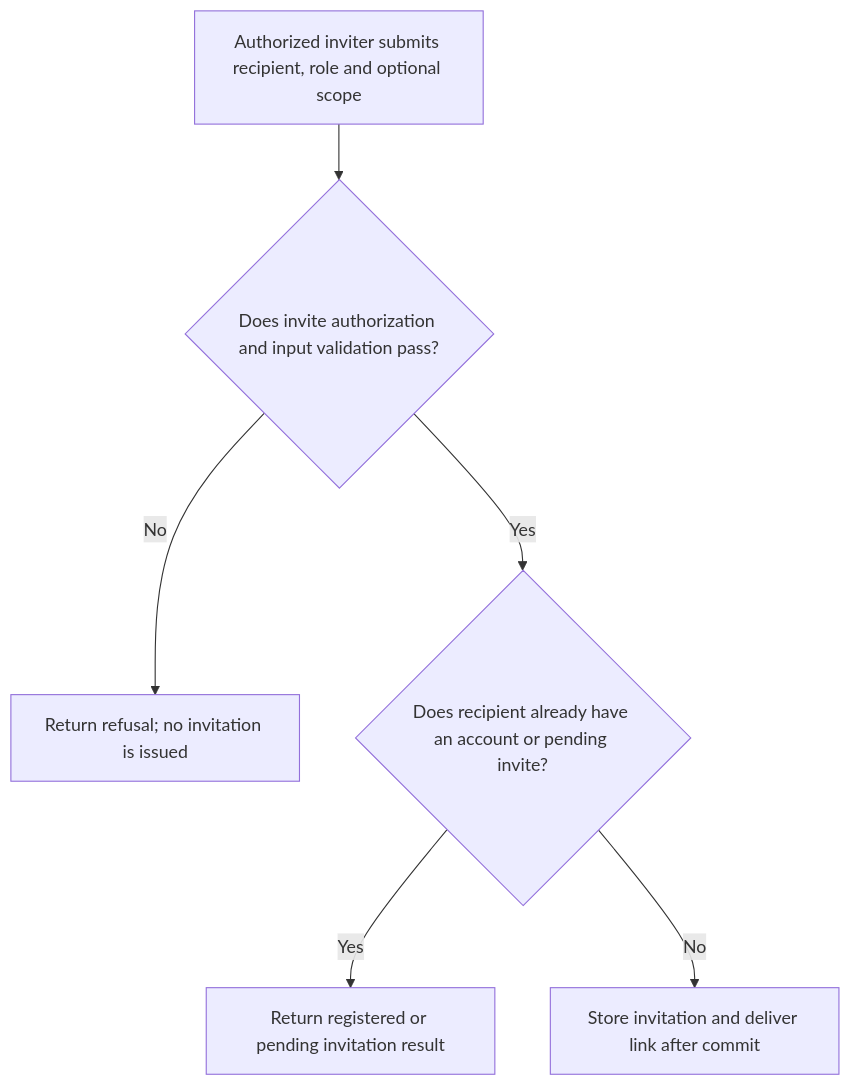
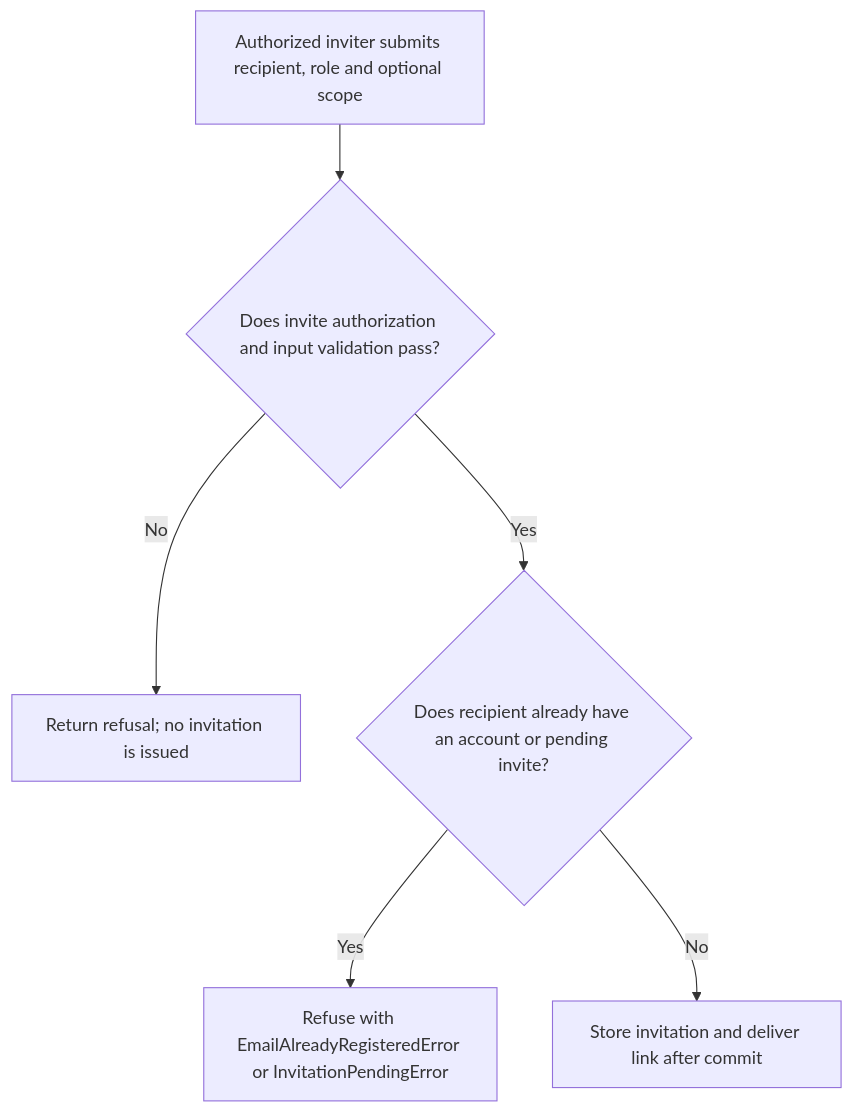
The first of 2 diagrams in user-stories/US-ACCOUNT-08-send-invitation.md (Kevinjohn/oss-adonisjs-account-kit), drawn with Mermaid before and after one commit. The commit also changed other lines of this file and 5 other files, not shown here.

````diff
--- a/user-stories/US-ACCOUNT-08-send-invitation.md
+++ b/user-stories/US-ACCOUNT-08-send-invitation.md
@@ -18,8 +20,8 @@
 ```mermaid
 flowchart TD
  A["Authorized inviter submits recipient, role and optional scope"] --> B{"Does invite authorization and input validation pass?"}
  B -->|No| C["Return refusal; no invitation is issued"]
  B -->|Yes| D{"Does recipient already have an account or pending invite?"}
- D -->|Yes| E["Return registered or pending invitation result"]
+ D -->|Yes| E["Refuse with EmailAlreadyRegisteredError or InvitationPendingError"]
  D -->|No| F["Store invitation and deliver link after commit"]
 ```
````
